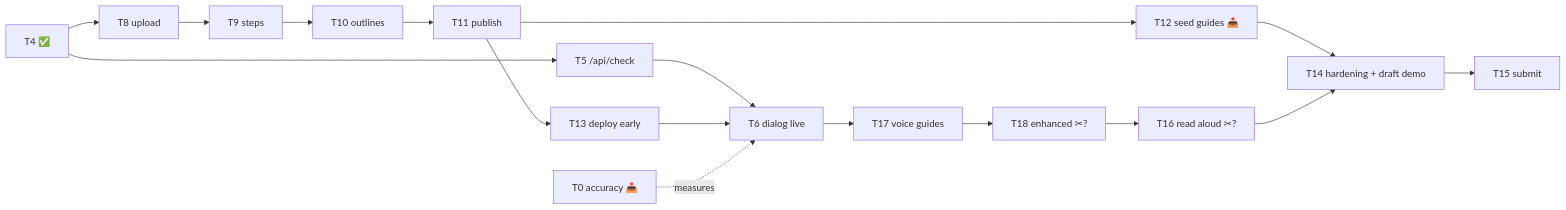
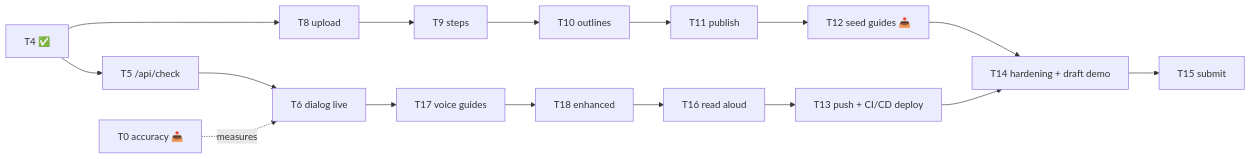
The diagram in apps/showhow/docs/TASKS.md (muhammadtalhaishtiaq/goodfix), drawn with Mermaid before and after one commit. The commit also changed other lines of this file and 1 other file, not shown here.

Commit message:
Decision: keep T16/T17/T18; complete locally, then push + CI/CD deploy (T13 Day 4)

````diff
--- a/apps/showhow/docs/TASKS.md
+++ b/apps/showhow/docs/TASKS.md
@@ -27,11 +28,10 @@
 ```mermaid
 flowchart LR
-  T4[T4 ✅] --> T8[T8 upload] --> T9[T9 steps] --> T10[T10 outlines] --> T11[T11 publish] --> T13[T13 deploy early]
+  T4[T4 ✅] --> T8[T8 upload] --> T9[T9 steps] --> T10[T10 outlines] --> T11[T11 publish]
   T4 --> T5[T5 /api/check] --> T6[T6 dialog live]
-  T13 --> T6
   T0[T0 accuracy 📥] -.->|measures| T6
   T11 --> T12[T12 seed guides 📥]
-  T6 --> T17[T17 voice guides] --> T18[T18 enhanced ✂?] --> T16[T16 read aloud ✂?]
+  T6 --> T17[T17 voice guides] --> T18[T18 enhanced] --> T16[T16 read aloud] --> T13[T13 push + CI/CD deploy]
   T12 --> T14[T14 hardening + draft demo]
-  T16 --> T14 --> T15[T15 submit]
+  T13 --> T14 --> T15[T15 submit]
 ```
````
